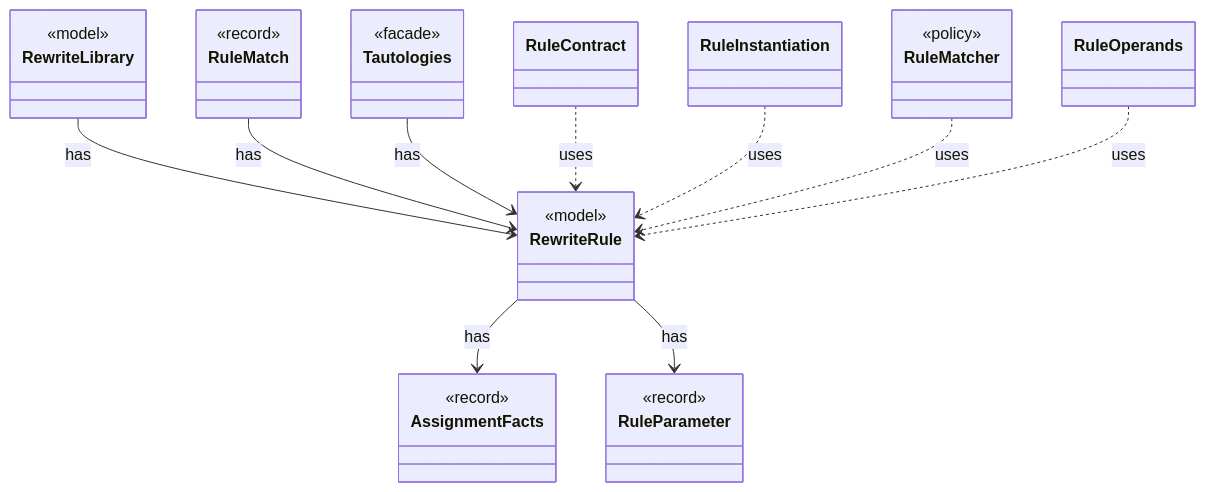
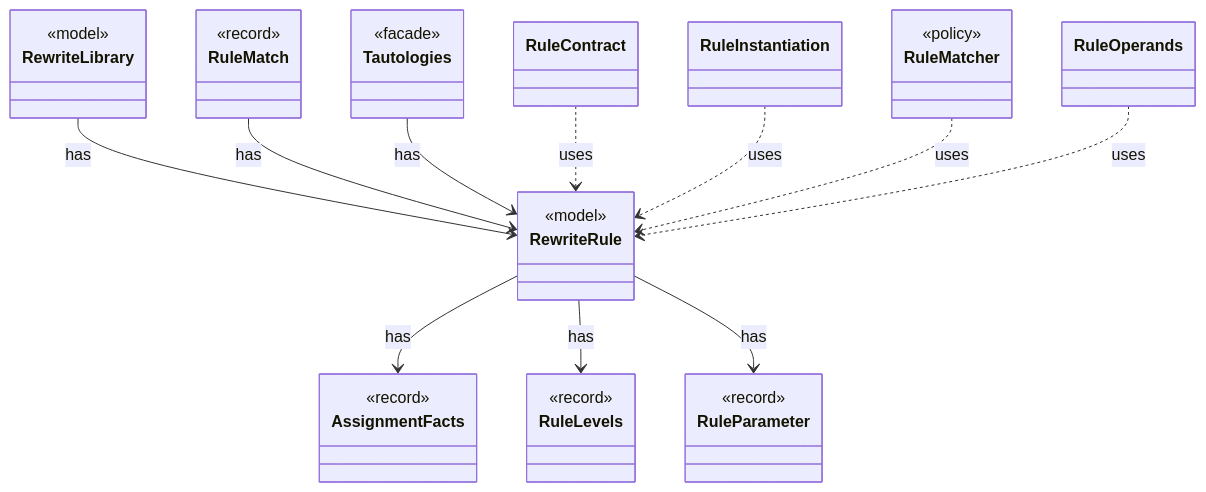
One commit to tlaplus/model-checker-hardening changed the diagram in dev/types/io.github.tlaplus.hardening.gen.rewrite.RewriteRule.md. Above: the diagram before and after it, drawn with Mermaid. The commit also changed other lines of this file and 402 other files, not shown here.

````diff
--- a/dev/types/io.github.tlaplus.hardening.gen.rewrite.RewriteRule.md
+++ b/dev/types/io.github.tlaplus.hardening.gen.rewrite.RewriteRule.md
@@ -9,36 +9,40 @@
 ```mermaid
 classDiagram
   class RewriteRule {
     <<model>>
   }
   class AssignmentFacts {
+    <<record>>
+  }
+  class RuleLevels {
     <<record>>
   }
   class RuleParameter {
     <<record>>
   }
   class RewriteLibrary {
     <<model>>
   }
   class RuleMatch {
     <<record>>
   }
   class Tautologies {
     <<facade>>
   }
   class RuleContract
   class RuleInstantiation
   class RuleMatcher {
     <<policy>>
   }
   class RuleOperands
   RewriteRule --> AssignmentFacts : has
+  RewriteRule --> RuleLevels : has
   RewriteRule --> RuleParameter : has
   RewriteLibrary --> RewriteRule : has
   RuleMatch --> RewriteRule : has
   Tautologies --> RewriteRule : has
   RuleContract ..> RewriteRule : uses
   RuleInstantiation ..> RewriteRule : uses
   RuleMatcher ..> RewriteRule : uses
   RuleOperands ..> RewriteRule : uses
 ```
````
